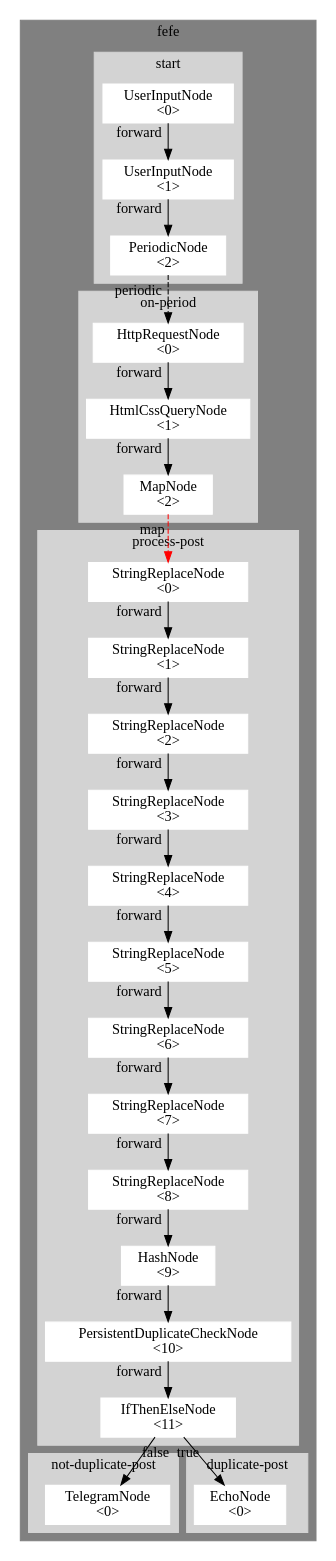
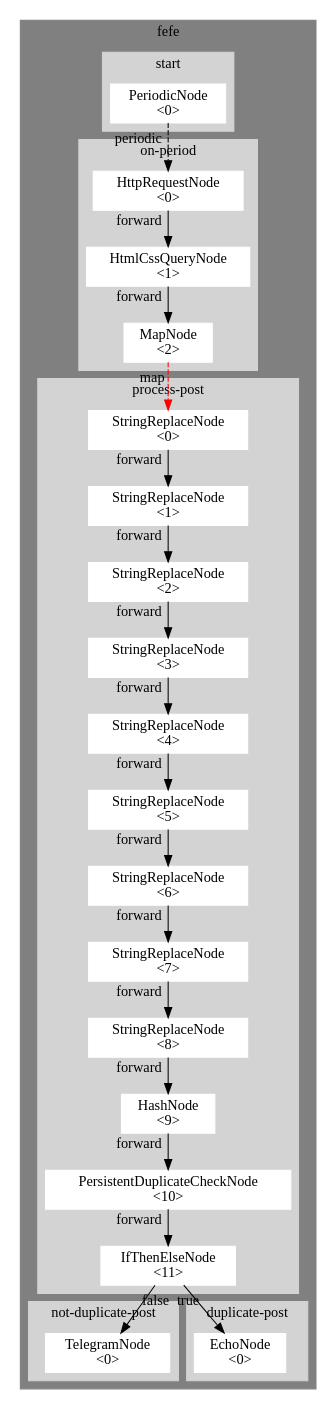
Before and after one commit to albsch/scraper-jobs: the diagram in fefe-blog-archiver/fefe.dot, drawn with Graphviz. The commit also changed 5 other files, not shown here.

Commit message:
Added dependencies and empty args file. Removed user input node

```diff
--- a/fefe-blog-archiver/fefe.dot
+++ b/fefe-blog-archiver/fefe.dot
@@ -1,62 +1,60 @@
 digraph G {
 	subgraph "cluster_fefe" {
 		style=filled;
 		color=grey;
 		label = "fefe";
 
 		subgraph "cluster_not-duplicate-post" {
 			style=filled;
 			color=lightgrey;
 			node [style=filled,color=white];
 			"fefe.not-duplicate-post.0" [shape=rectangle, label="TelegramNode\n<0>"]; 
 			label = "not-duplicate-post";
 		}
 		subgraph "cluster_process-post" {
 			style=filled;
 			color=lightgrey;
 			node [style=filled,color=white];
-			"fefe.process-post.10" [shape=rectangle, label="PersistentDuplicateCheckNode\n<10>"]; "fefe.process-post.7" [shape=rectangle, label="StringReplaceNode\n<7>"]; "fefe.process-post.2" [shape=rectangle, label="StringReplaceNode\n<2>"]; "fefe.process-post.0" [shape=rectangle, label="StringReplaceNode\n<0>"]; "fefe.process-post.1" [shape=rectangle, label="StringReplaceNode\n<1>"]; "fefe.process-post.8" [shape=rectangle, label="StringReplaceNode\n<8>"]; "fefe.process-post.11" [shape=rectangle, label="IfThenElseNode\n<11>"]; "fefe.process-post.3" [shape=rectangle, label="StringReplaceNode\n<3>"]; "fefe.process-post.5" [shape=rectangle, label="StringReplaceNode\n<5>"]; "fefe.process-post.6" [shape=rectangle, label="StringReplaceNode\n<6>"]; "fefe.process-post.4" [shape=rectangle, label="StringReplaceNode\n<4>"]; "fefe.process-post.9" [shape=rectangle, label="HashNode\n<9>"]; 
+			"fefe.process-post.0" [shape=rectangle, label="StringReplaceNode\n<0>"]; "fefe.process-post.3" [shape=rectangle, label="StringReplaceNode\n<3>"]; "fefe.process-post.7" [shape=rectangle, label="StringReplaceNode\n<7>"]; "fefe.process-post.2" [shape=rectangle, label="StringReplaceNode\n<2>"]; "fefe.process-post.11" [shape=rectangle, label="IfThenElseNode\n<11>"]; "fefe.process-post.8" [shape=rectangle, label="StringReplaceNode\n<8>"]; "fefe.process-post.10" [shape=rectangle, label="PersistentDuplicateCheckNode\n<10>"]; "fefe.process-post.5" [shape=rectangle, label="StringReplaceNode\n<5>"]; "fefe.process-post.6" [shape=rectangle, label="StringReplaceNode\n<6>"]; "fefe.process-post.1" [shape=rectangle, label="StringReplaceNode\n<1>"]; "fefe.process-post.9" [shape=rectangle, label="HashNode\n<9>"]; "fefe.process-post.4" [shape=rectangle, label="StringReplaceNode\n<4>"]; 
 			label = "process-post";
 		}
 		subgraph "cluster_on-period" {
 			style=filled;
 			color=lightgrey;
 			node [style=filled,color=white];
-			"fefe.on-period.0" [shape=rectangle, label="HttpRequestNode\n<0>"]; "fefe.on-period.1" [shape=rectangle, label="HtmlCssQueryNode\n<1>"]; "fefe.on-period.2" [shape=rectangle, label="MapNode\n<2>"]; 
+			"fefe.on-period.2" [shape=rectangle, label="MapNode\n<2>"]; "fefe.on-period.0" [shape=rectangle, label="HttpRequestNode\n<0>"]; "fefe.on-period.1" [shape=rectangle, label="HtmlCssQueryNode\n<1>"]; 
 			label = "on-period";
 		}
 		subgraph "cluster_start" {
 			style=filled;
 			color=lightgrey;
 			node [style=filled,color=white];
-			"fefe.start.2" [shape=rectangle, label="PeriodicNode\n<2>"]; "fefe.start.0" [shape=rectangle, label="UserInputNode\n<0>"]; "fefe.start.1" [shape=rectangle, label="UserInputNode\n<1>"]; 
+			"fefe.start.0" [shape=rectangle, label="PeriodicNode\n<0>"]; 
 			label = "start";
 		}
 		subgraph "cluster_duplicate-post" {
 			style=filled;
 			color=lightgrey;
 			node [style=filled,color=white];
 			"fefe.duplicate-post.0" [shape=rectangle, label="EchoNode\n<0>"]; 
 			label = "duplicate-post";
 		}
 	}
-"fefe.start.2" -> "fefe.on-period.0" [ xlabel="periodic",style=dashed,]
-"fefe.start.0" -> "fefe.start.1" [ xlabel="forward",]
-"fefe.process-post.10" -> "fefe.process-post.11" [ xlabel="forward",]
+"fefe.on-period.2" -> "fefe.process-post.0" [ xlabel="map",style=dashed,color=red]
+"fefe.process-post.0" -> "fefe.process-post.1" [ xlabel="forward",]
+"fefe.start.0" -> "fefe.on-period.0" [ xlabel="periodic",style=dashed,]
+"fefe.process-post.3" -> "fefe.process-post.4" [ xlabel="forward",]
 "fefe.process-post.7" -> "fefe.process-post.8" [ xlabel="forward",]
-"fefe.start.1" -> "fefe.start.2" [ xlabel="forward",]
 "fefe.on-period.0" -> "fefe.on-period.1" [ xlabel="forward",]
 "fefe.on-period.1" -> "fefe.on-period.2" [ xlabel="forward",]
-"fefe.on-period.2" -> "fefe.process-post.0" [ xlabel="map",style=dashed,color=red]
 "fefe.process-post.2" -> "fefe.process-post.3" [ xlabel="forward",]
-"fefe.process-post.0" -> "fefe.process-post.1" [ xlabel="forward",]
-"fefe.process-post.1" -> "fefe.process-post.2" [ xlabel="forward",]
+"fefe.process-post.11" -> "fefe.duplicate-post.0" [ xlabel="true",]
+"fefe.process-post.11" -> "fefe.not-duplicate-post.0" [ xlabel="false",]
 "fefe.process-post.8" -> "fefe.process-post.9" [ xlabel="forward",]
-"fefe.process-post.3" -> "fefe.process-post.4" [ xlabel="forward",]
+"fefe.process-post.10" -> "fefe.process-post.11" [ xlabel="forward",]
 "fefe.process-post.5" -> "fefe.process-post.6" [ xlabel="forward",]
 "fefe.process-post.6" -> "fefe.process-post.7" [ xlabel="forward",]
+"fefe.process-post.1" -> "fefe.process-post.2" [ xlabel="forward",]
 "fefe.process-post.4" -> "fefe.process-post.5" [ xlabel="forward",]
 "fefe.process-post.9" -> "fefe.process-post.10" [ xlabel="forward",]
-"fefe.process-post.11" -> "fefe.duplicate-post.0" [ xlabel="true",]
-"fefe.process-post.11" -> "fefe.not-duplicate-post.0" [ xlabel="false",]
 }
```
